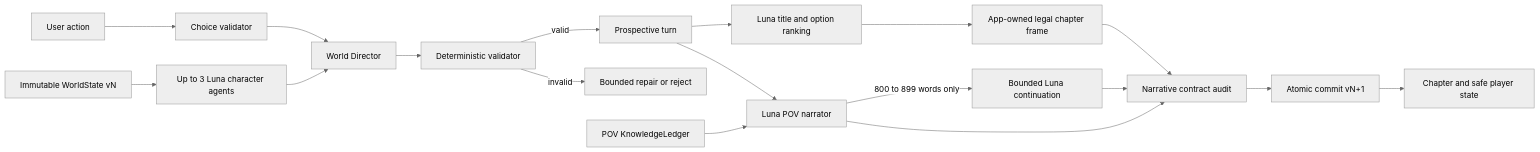
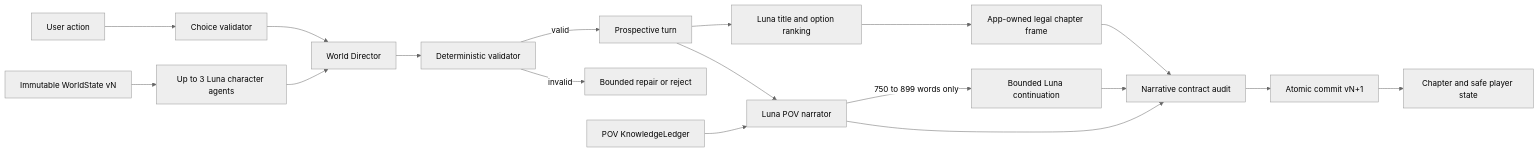
The diagram in docs/ARCHITECTURE.md (shivam-g10/infinite-litrpg), drawn with Mermaid (neutral theme) before and after one commit. The commit also changed other lines of this file and 9 other files, not shown here.

````diff
--- a/docs/ARCHITECTURE.md
+++ b/docs/ARCHITECTURE.md
@@ -7,20 +7,20 @@
 ```mermaid
 flowchart LR
     U["User action"] --> P["Choice validator"]
     S["Immutable WorldState vN"] --> A["Up to 3 Luna character agents"]
     P --> D["World Director"]
     A --> D
     D --> V["Deterministic validator"]
     V -->|valid| T["Prospective turn"]
     V -->|invalid| R["Bounded repair or reject"]
     T --> F["Luna title and option ranking"]
     F --> G["App-owned legal chapter frame"]
     T --> N["Luna POV narrator"]
     K["POV KnowledgeLedger"] --> N
-    N -->|800 to 899 words only| L["Bounded Luna continuation"]
+    N -->|750 to 899 words only| L["Bounded Luna continuation"]
     L --> Q["Narrative contract audit"]
     G --> Q
     N --> Q["Narrative contract audit"]
     Q --> C["Atomic commit vN+1"]
     C --> H["Chapter and safe player state"]
 ```
````
